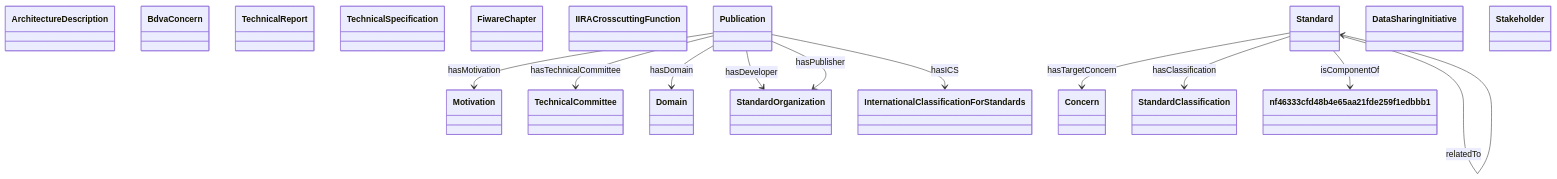
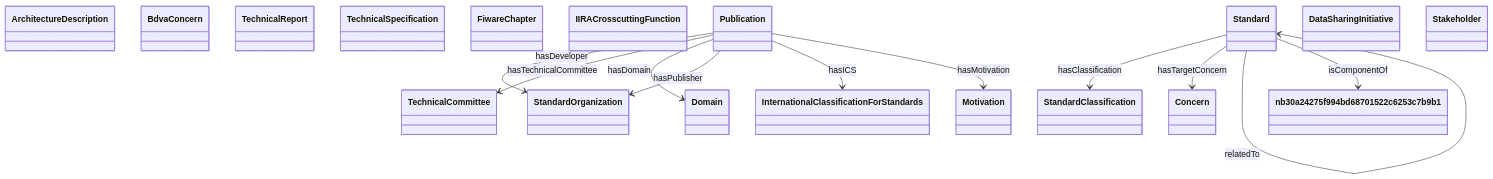
The diagram in output/ieswc_leng/i40.ttl-leng-10.md (oeg-upm/Devos), drawn with Mermaid before and after one commit. The commit also changed 52 other files, not shown here.

````diff
--- a/output/ieswc_leng/i40.ttl-leng-10.md
+++ b/output/ieswc_leng/i40.ttl-leng-10.md
@@ -1,67 +1,67 @@
 ```mermaid
 	classDiagram
 
     
     class ArchitectureDescription {
     
     }
 
     class BdvaConcern {
     
     }
 
     class TechnicalReport {
     
     }
 
     class TechnicalSpecification {
     
     }
 
     class FiwareChapter {
     
     }
 
     class IIRACrosscuttingFunction {
     
     }
 
     class Standard {
     
     }
 
     class Publication {
     
     }
 
     class DataSharingInitiative {
     
     }
 
     class Stakeholder {
     
     }
 
 
 
-Publication  --> Motivation   :hasMotivation  
+Publication  --> StandardOrganization   :hasDeveloper  
+
+Publication  --> TechnicalCommittee   :hasTechnicalCommittee  
+
+Publication  --> Domain   :hasDomain  
+
+Publication  --> StandardOrganization   :hasPublisher  
+
+Standard  --> StandardClassification   :hasClassification  
 
 Standard  --> Concern   :hasTargetConcern  
 
-Publication  --> TechnicalCommittee   :hasTechnicalCommittee  
-
-Standard  --> StandardClassification   :hasClassification  
-
-Publication  --> Domain   :hasDomain  
-
-Standard  --> nf46333cfd48b4e65aa21fde259f1edbbb1   :isComponentOf  
-
-Publication  --> StandardOrganization   :hasDeveloper  
-
 Standard  --> Standard   :relatedTo  
-
-Publication  --> StandardOrganization   :hasPublisher  
 
 Publication  --> InternationalClassificationForStandards   :hasICS  
 
+Publication  --> Motivation   :hasMotivation  
+
+Standard  --> nb30a24275f994bd68701522c6253c7b9b1   :isComponentOf  
+
 ```
````
